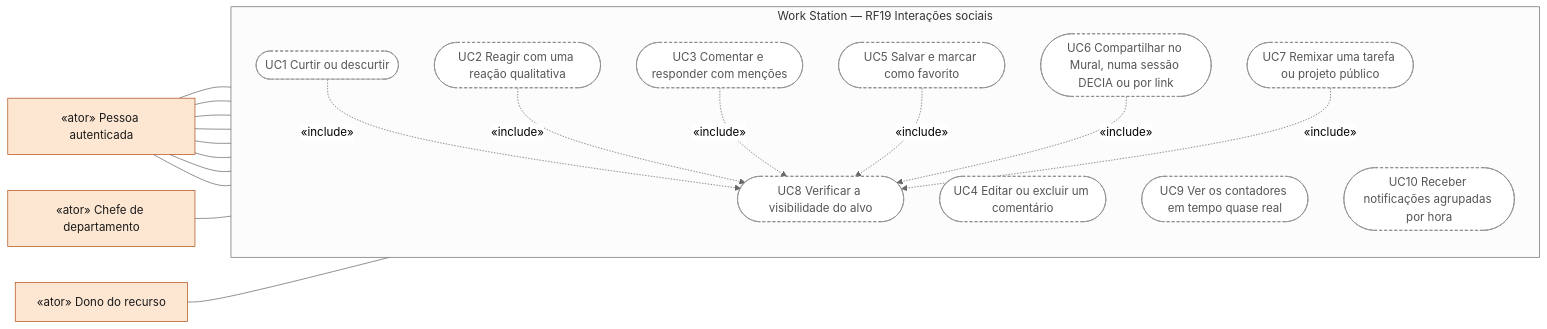
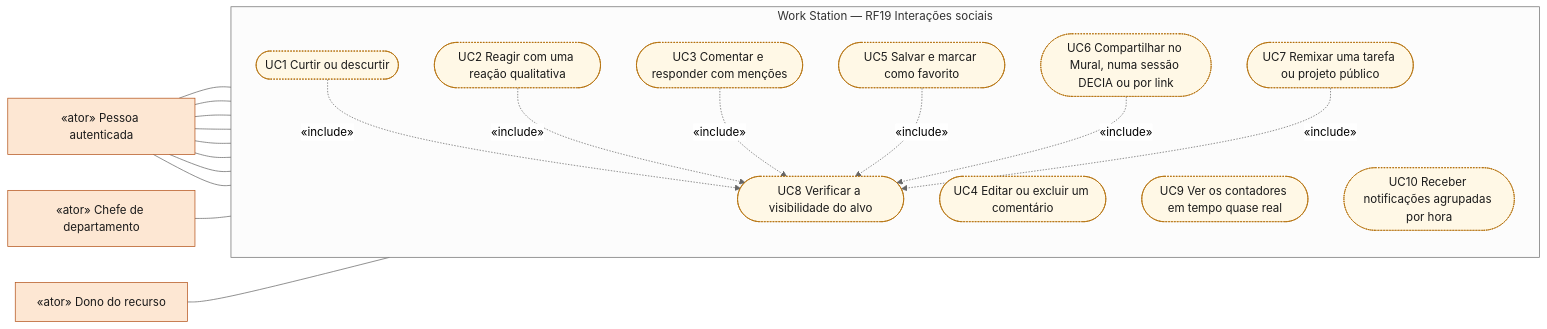
One commit to MatheusHaliski/Decia-app-2026 changed the first of 7 diagrams in docs/diagramas/RF19/README.md. Above: the diagram before and after it, drawn with Mermaid (neutral theme). The commit also changed 13 other files, not shown here.

First line of the commit message:
docs(diagramas): classe ucDemo para casos de uso que só funcionam com dados de demonstração

````diff
--- a/docs/diagramas/RF19/README.md
+++ b/docs/diagramas/RF19/README.md
@@ -27,39 +27,40 @@
 ```mermaid
 flowchart LR
   classDef ator fill:#fde7d3,stroke:#b4531a,color:#1b1b1b
   classDef atorSis fill:#f1ecf9,stroke:#6a4bb3,color:#1b1b1b
   classDef uc fill:#ffffff,stroke:#3557a6,color:#1b1b1b
   classDef ucPlan fill:#ffffff,stroke:#8a8a8a,stroke-dasharray:4 3,color:#555555
+  classDef ucDemo fill:#fff8e6,stroke:#b26a00,stroke-dasharray:2 2,color:#1b1b1b
   autenticado["«ator» Pessoa autenticada"]:::ator
   chefe["«ator» Chefe de departamento"]:::ator
   dono["«ator» Dono do recurso"]:::ator
   subgraph SIS["Work Station — RF19 Interações sociais"]
     direction TB
-    UC1(["UC1 Curtir ou descurtir"]):::ucPlan
-    UC2(["UC2 Reagir com uma reação qualitativa"]):::ucPlan
-    UC3(["UC3 Comentar e responder com menções"]):::ucPlan
-    UC4(["UC4 Editar ou excluir um comentário"]):::ucPlan
-    UC5(["UC5 Salvar e marcar como favorito"]):::ucPlan
-    UC6(["UC6 Compartilhar no Mural, numa sessão DECIA ou por link"]):::ucPlan
-    UC7(["UC7 Remixar uma tarefa ou projeto público"]):::ucPlan
-    UC8(["UC8 Verificar a visibilidade do alvo"]):::ucPlan
-    UC9(["UC9 Ver os contadores em tempo quase real"]):::ucPlan
-    UC10(["UC10 Receber notificações agrupadas por hora"]):::ucPlan
+    UC1(["UC1 Curtir ou descurtir"]):::ucDemo
+    UC2(["UC2 Reagir com uma reação qualitativa"]):::ucDemo
+    UC3(["UC3 Comentar e responder com menções"]):::ucDemo
+    UC4(["UC4 Editar ou excluir um comentário"]):::ucDemo
+    UC5(["UC5 Salvar e marcar como favorito"]):::ucDemo
+    UC6(["UC6 Compartilhar no Mural, numa sessão DECIA ou por link"]):::ucDemo
+    UC7(["UC7 Remixar uma tarefa ou projeto público"]):::ucDemo
+    UC8(["UC8 Verificar a visibilidade do alvo"]):::ucDemo
+    UC9(["UC9 Ver os contadores em tempo quase real"]):::ucDemo
+    UC10(["UC10 Receber notificações agrupadas por hora"]):::ucDemo
   end
   autenticado --- UC1
   autenticado --- UC2
   autenticado --- UC3
   autenticado --- UC4
   chefe --- UC4
   autenticado --- UC5
   autenticado --- UC6
   autenticado --- UC7
   autenticado --- UC9
   dono --- UC10
   UC1 -. "«include»" .-> UC8
   UC2 -. "«include»" .-> UC8
   UC3 -. "«include»" .-> UC8
   UC5 -. "«include»" .-> UC8
   UC6 -. "«include»" .-> UC8
   UC7 -. "«include»" .-> UC8
 ```
````
